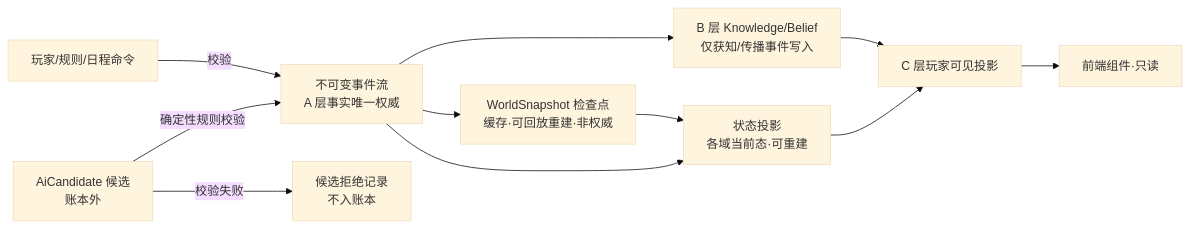
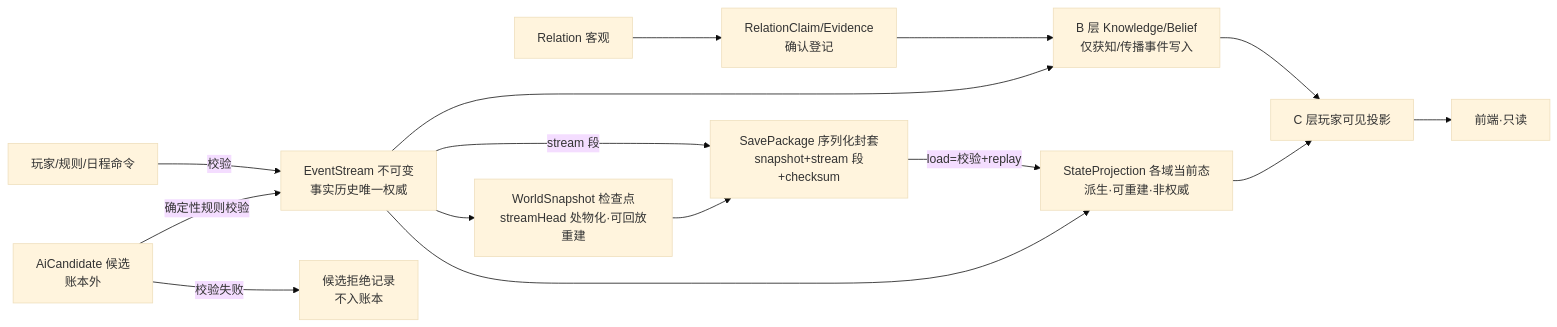
Before and after one commit to suzhiyi90-max/Guanyuan: the first of 2 diagrams in Guanyuan-review/design/正式世界领域模型与边界契约草案-v0.1.md, drawn with Mermaid (base theme). The commit also changed other lines of this file and 1 other file, not shown here.

````diff
--- a/Guanyuan-review/design/正式世界领域模型与边界契约草案-v0.1.md
+++ b/Guanyuan-review/design/正式世界领域模型与边界契约草案-v0.1.md
@@ -272,13 +227,17 @@
 ```mermaid
 flowchart LR
-  AI[AiCandidate 候选<br/>账本外] -->|确定性规则校验| LEDGER[不可变事件流<br/>A 层事实唯一权威]
+  AI[AiCandidate 候选<br/>账本外] -->|确定性规则校验| LEDGER[EventStream 不可变<br/>事实历史唯一权威]
   AI -->|校验失败| REJ[候选拒绝记录<br/>不入账本]
   CMD[玩家/规则/日程命令] -->|校验| LEDGER
-  LEDGER --> STATE[状态投影<br/>各域当前态·可重建]
+  LEDGER --> STATE[StateProjection 各域当前态<br/>派生·可重建·非权威]
   LEDGER --> KNOW[B 层 Knowledge/Belief<br/>仅获知/传播事件写入]
-  LEDGER --> SNAP[WorldSnapshot 检查点<br/>缓存·可回放重建·非权威]
-  SNAP --> STATE
+  LEDGER --> SNAP[WorldSnapshot 检查点<br/>streamHead 处物化·可回放重建]
+  SNAP --> PKG[SavePackage 序列化封套<br/>snapshot+stream 段+checksum]
+  LEDGER -->|stream 段| PKG
+  PKG -->|load=校验+replay| STATE
   STATE --> CPROJ[C 层玩家可见投影]
   KNOW --> CPROJ
-  CPROJ --> UI[前端组件·只读]
+  CPROJ --> UI[前端·只读]
+  REL[Relation 客观] --> CLAIM[RelationClaim/Evidence<br/>确认登记]
+  CLAIM --> KNOW
 ```
````
